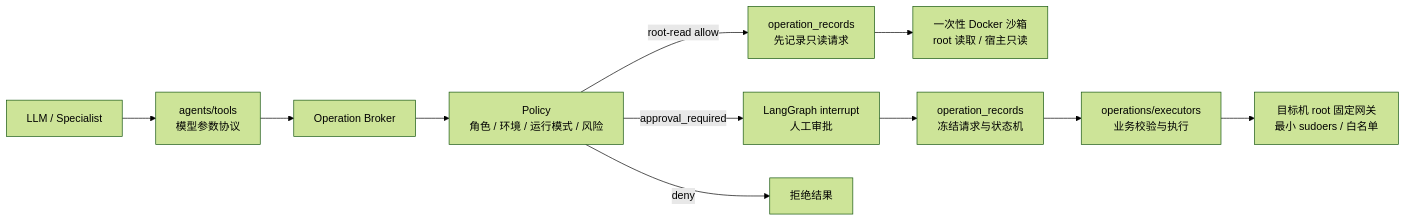
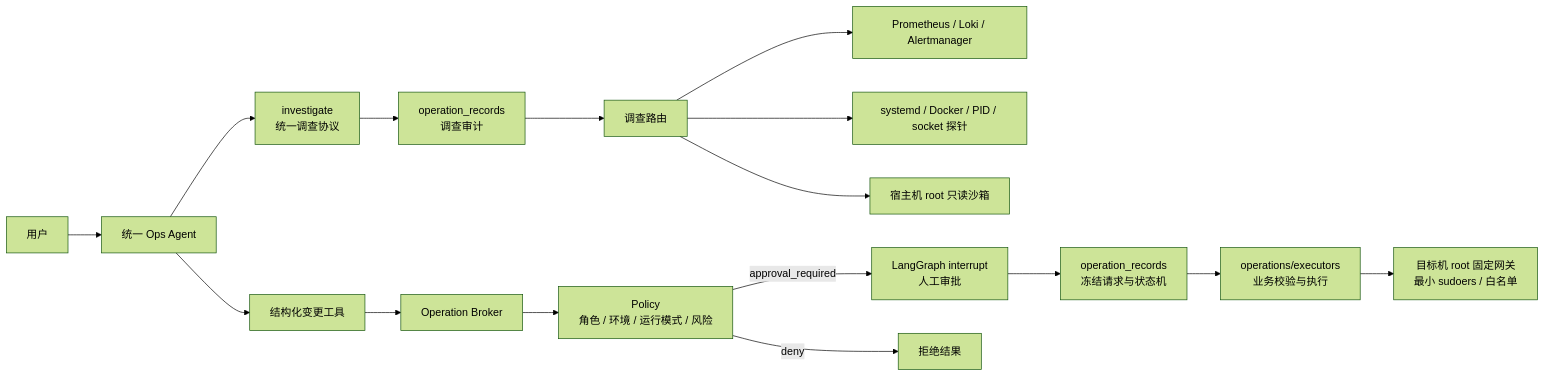
The diagram in docs/operation-execution-architecture.md (zangyalong/AIOps), drawn with Mermaid (forest theme) before and after one commit. The commit also changed other lines of this file and 7 other files, not shown here.

Commit message:
docs(architecture): 统一调查与审批变更口径

````diff
--- a/docs/operation-execution-architecture.md
+++ b/docs/operation-execution-architecture.md
@@ -6,13 +6,19 @@
 ```mermaid
 flowchart LR
-    LLM["LLM / Specialist"] --> TOOL["agents/tools<br/>模型参数协议"]
+    USER["用户"] --> AGENT["统一 Ops Agent"]
+    AGENT --> INVESTIGATE["investigate<br/>统一调查协议"]
+    INVESTIGATE --> READ_AUDIT["operation_records<br/>调查审计"]
+    READ_AUDIT --> ROUTER["调查路由"]
+    ROUTER --> OBS["Prometheus / Loki / Alertmanager"]
+    ROUTER --> RUNTIME["systemd / Docker / PID / socket 探针"]
+    ROUTER --> HOST["宿主机 root 只读沙箱"]
+
+    AGENT --> TOOL["结构化变更工具"]
     TOOL --> BROKER["Operation Broker"]
     BROKER --> POLICY["Policy<br/>角色 / 环境 / 运行模式 / 风险"]
-    POLICY -->|root-read allow| READ_AUDIT["operation_records<br/>先记录只读请求"]
-    READ_AUDIT --> READ_SANDBOX["一次性 Docker 沙箱<br/>root 读取 / 宿主只读"]
     POLICY -->|approval_required| APPROVAL["LangGraph interrupt<br/>人工审批"]
     APPROVAL --> WRITE_AUDIT["operation_records<br/>冻结请求与状态机"]
     POLICY -->|deny| RESULT["拒绝结果"]
     WRITE_AUDIT --> EXECUTOR["operations/executors<br/>业务校验与执行"]
     EXECUTOR --> GATEWAY["目标机 root 固定网关<br/>最小 sudoers / 白名单"]
 ```
````
